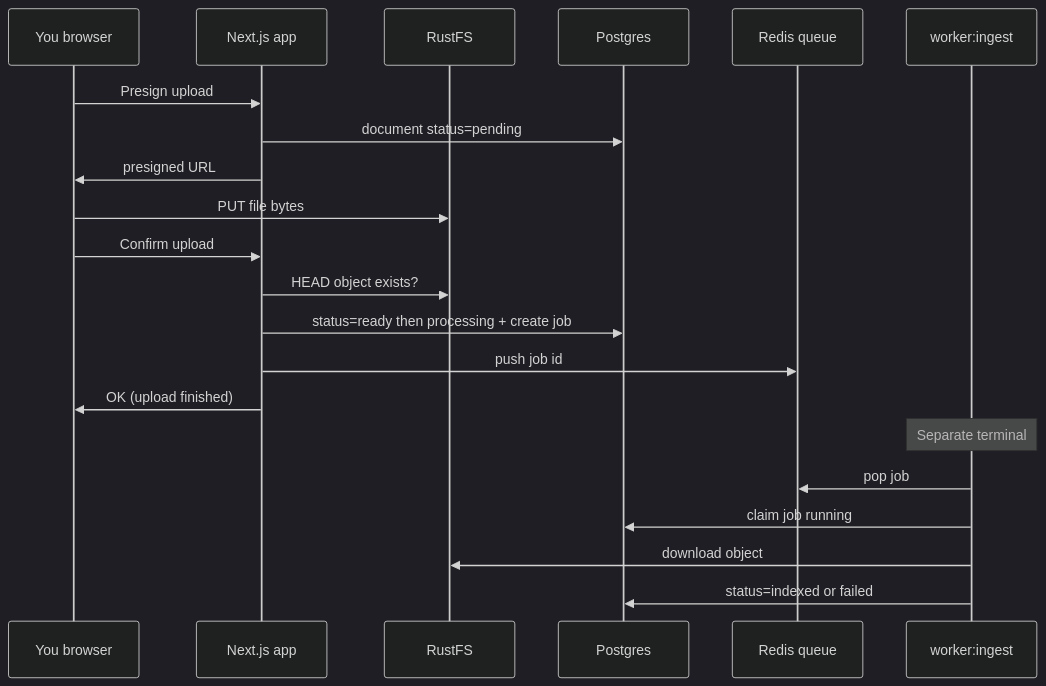
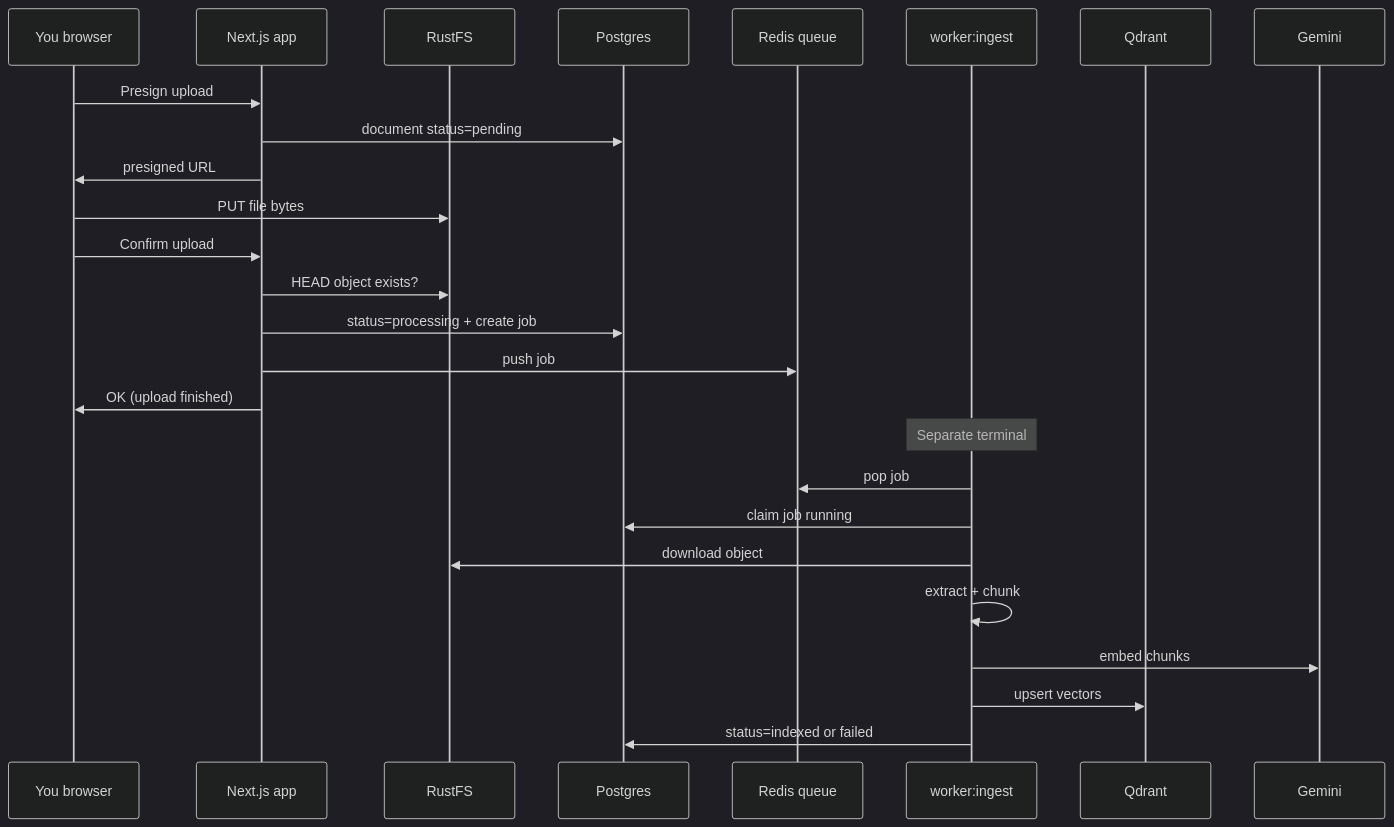
One commit to aniketicloud/documind-docs changed the diagram in content/docs/guide/document-ingest.mdx. Above: the diagram before and after it, drawn with Mermaid (dark theme). The commit also changed other lines of this file and 25 other files, not shown here.

````diff
--- a/content/docs/guide/document-ingest.mdx
+++ b/content/docs/guide/document-ingest.mdx
@@ -139,25 +141,30 @@
 ```mermaid
 sequenceDiagram
   participant U as You browser
   participant App as Next.js app
   participant S3 as RustFS
   participant DB as Postgres
   participant R as Redis queue
   participant W as worker:ingest
+  participant Q as Qdrant
+  participant G as Gemini
 
   U->>App: Presign upload
   App->>DB: document status=pending
   App->>U: presigned URL
   U->>S3: PUT file bytes
   U->>App: Confirm upload
   App->>S3: HEAD object exists?
-  App->>DB: status=ready then processing + create job
-  App->>R: push job id
+  App->>DB: status=processing + create job
+  App->>R: push job
   App->>U: OK (upload finished)
 
   Note over W: Separate terminal
   W->>R: pop job
   W->>DB: claim job running
   W->>S3: download object
+  W->>W: extract + chunk
+  W->>G: embed chunks
+  W->>Q: upsert vectors
   W->>DB: status=indexed or failed
 ```
````
